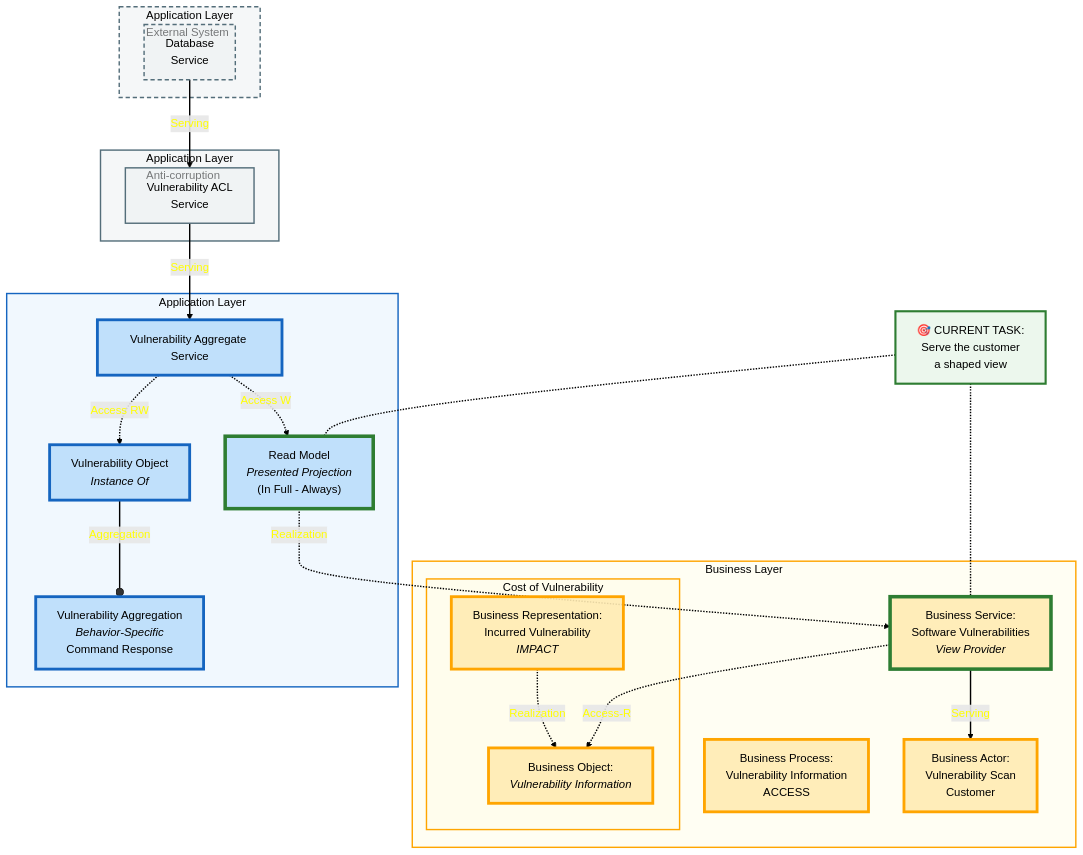
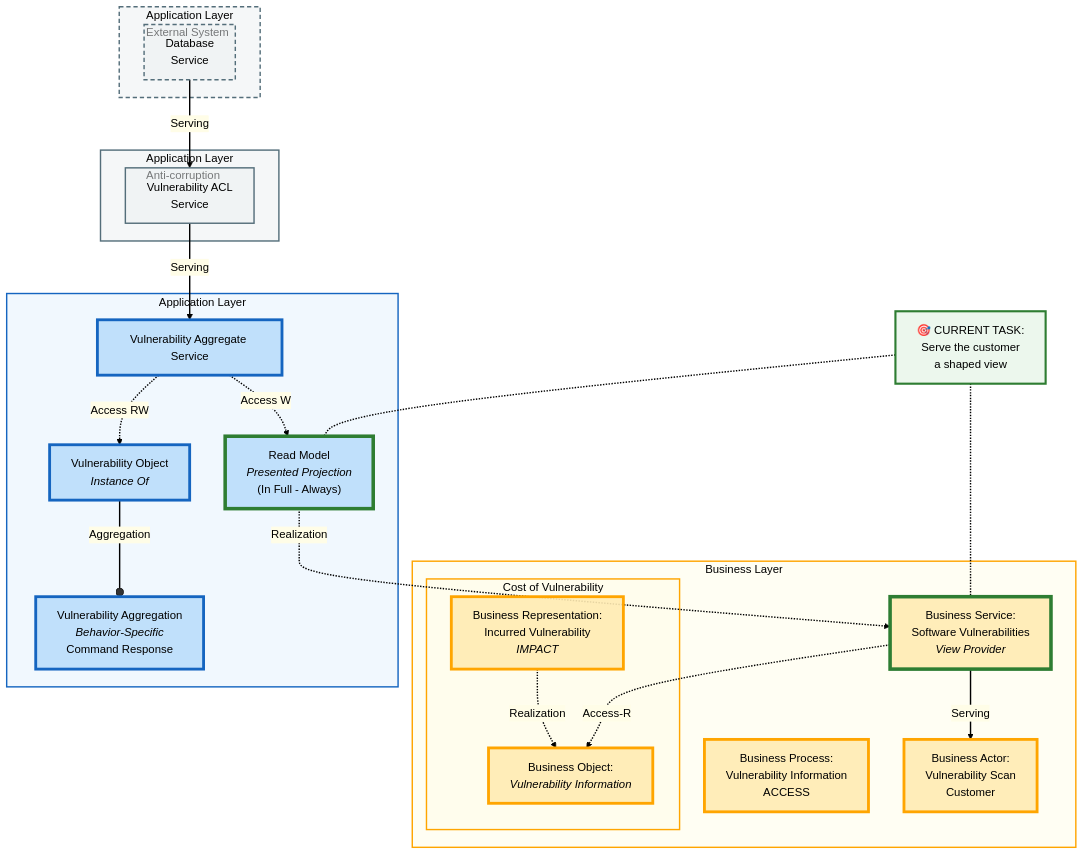
Before and after one commit to Mimis-Gildi/riddle-me-this: the diagram in site/_includes/diagrams/hackers-show-vulnerabilities.mmd, drawn with Mermaid. The commit also changed 5 other files, not shown here.

```diff
--- a/site/_includes/diagrams/hackers-show-vulnerabilities.mmd
+++ b/site/_includes/diagrams/hackers-show-vulnerabilities.mmd
@@ -1,72 +1,73 @@
+%%{init: {'themeVariables': {'edgeLabelBackground': '#FFFDE7'}}}%%
 graph TB
 
     subgraph Business ["Business Layer"]
         BusinessProcess["Business Process:<br/> Vulnerability Information<br/>ACCESS"]
         BusinessActor["Business Actor:<br/> Vulnerability Scan<br/> Customer"]
 
         BusinessServiceVulnerabilitiesInformationService["Business Service:<br/> Software Vulnerabilities<br/><i>View Provider</i>"]
 
         subgraph BusinessImpact ["Cost of Vulnerability"]
             BusinessObjectVulnerability["Business Object:<br/> <i>Vulnerability Information</i>"]
             BusinessRepresentation["Business Representation:<br/> Incurred Vulnerability<br/><i>IMPACT</i>"]
             BusinessRepresentation -.->| Realization | BusinessObjectVulnerability
         end
 
     end
 
     subgraph Application ["Application Layer"]
 
         ReadModel["Read Model<br/><i>Presented Projection</i><br/>(In Full - Always)"]
         Vulnerability["Vulnerability Object<br/><i>Instance Of</i>"]
         VulnerabilityCollection["Vulnerability Aggregation<br/><i>Behavior-Specific</i><br/>Command Response"]
         VulnerabilityService["Vulnerability Aggregate Service<br/><i></i>"]
     end
 
     subgraph ApplicationACL["Application Layer<br/>Anti-corruption"]
         VulnerabilityACLService["Vulnerability ACL<br/>Service"]
     end
 
     subgraph ApplicationExternalSystem["Application Layer<br/>External System"]
         VulnerabilityDataService["Database<br/>Service"]
     end
 
 
     VulnerabilityService -.->| Access RW | Vulnerability
     Vulnerability --o| Aggregation | VulnerabilityCollection
     VulnerabilityService -.->| Access W | ReadModel
 
     VulnerabilityDataService -->| Serving | VulnerabilityACLService
     VulnerabilityACLService -->| Serving | VulnerabilityService
 
     BusinessServiceVulnerabilitiesInformationService -->| Serving | BusinessActor
     BusinessServiceVulnerabilitiesInformationService -.->| Access-R | BusinessObjectVulnerability
     ReadModel -.->| Realization | BusinessServiceVulnerabilitiesInformationService
 
     CurrentTask["🎯 CURRENT TASK:<br/>Serve the customer<br/>a shaped view"]
     CurrentTask -.- ReadModel
     CurrentTask -.- BusinessServiceVulnerabilitiesInformationService
 
     classDef BusinessStyle fill:#FFFDE780,stroke:orange,stroke-width:2px,color:black
     classDef BusinessComponentStyle fill:#FFECB3E6,stroke:orange,stroke-width:4px,color:black
 
     class Business,BusinessImpact BusinessStyle
     class BusinessProcess,BusinessActor,BusinessObjectVulnerability,BusinessRepresentation BusinessComponentStyle
 
     classDef ApplicationStyle fill:#E3F2FD80,stroke:#1565C0,stroke-width:2px,color:black
     classDef ApplicationComponentStyle fill:#BBDEFBE6,stroke:#1565C0,stroke-width:4px,color:black
     classDef ACLStyle fill:#ECEFF180,stroke:#546E7A,stroke-width:2px,color:black
     classDef ExternalStyle fill:#ECEFF180,stroke:#546E7A,stroke-width:2px,stroke-dasharray:6 4,color:black
 
     class Application ApplicationStyle
     class Vulnerability,VulnerabilityCollection,VulnerabilityService ApplicationComponentStyle
 
     classDef TaskCallout fill:#E8F5E9CC,stroke:#2E7D32,stroke-width:3px,color:black
     classDef TaskBlue fill:#BBDEFBE6,stroke:#2E7D32,stroke-width:5px,color:black
     classDef TaskYellow fill:#FFECB3E6,stroke:#2E7D32,stroke-width:5px,color:black
     class CurrentTask TaskCallout
     class ReadModel TaskBlue
     class BusinessServiceVulnerabilitiesInformationService TaskYellow
     class ApplicationACL,VulnerabilityACLService ACLStyle
     class ApplicationExternalSystem,VulnerabilityDataService ExternalStyle
 
-    linkStyle default stroke:black,stroke-width:2px,color:yellow
+    linkStyle default stroke:black,stroke-width:2px,color:black
```
